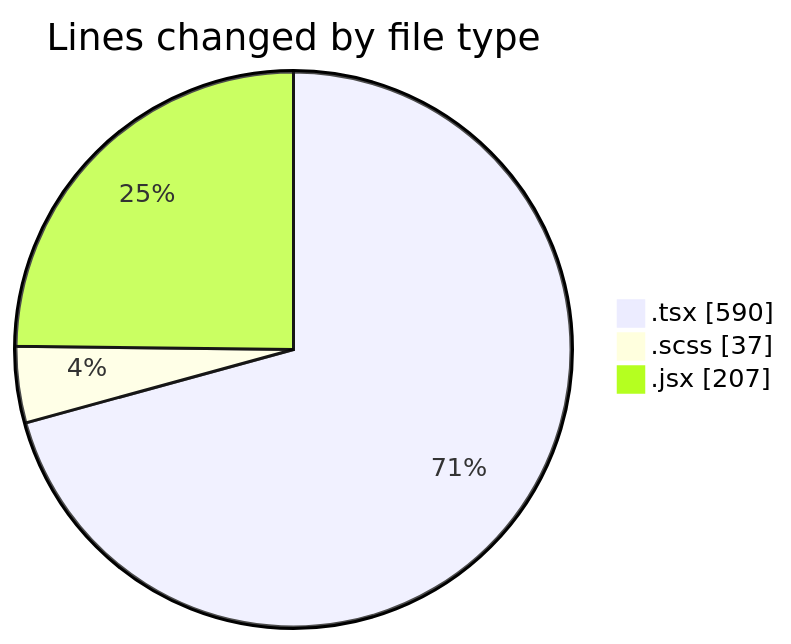
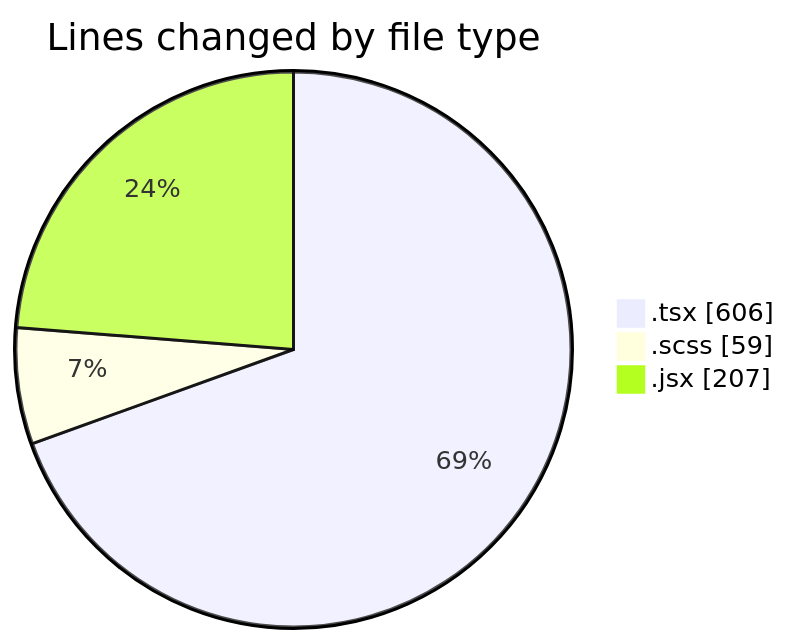
Before and after one commit to momahboobian/code-tracking: the first of 2 diagrams in 2026-07-23/cda/README.md, drawn with Mermaid. The commit also changed other lines of this file and 1 other file, not shown here.

````diff
--- a/2026-07-23/cda/README.md
+++ b/2026-07-23/cda/README.md
@@ -25,7 +25,7 @@
 ```mermaid
 pie showData
 title Lines changed by file type
-".tsx" : 590
-".scss" : 37
+".tsx" : 606
+".scss" : 59
 ".jsx" : 207
 ```
````
